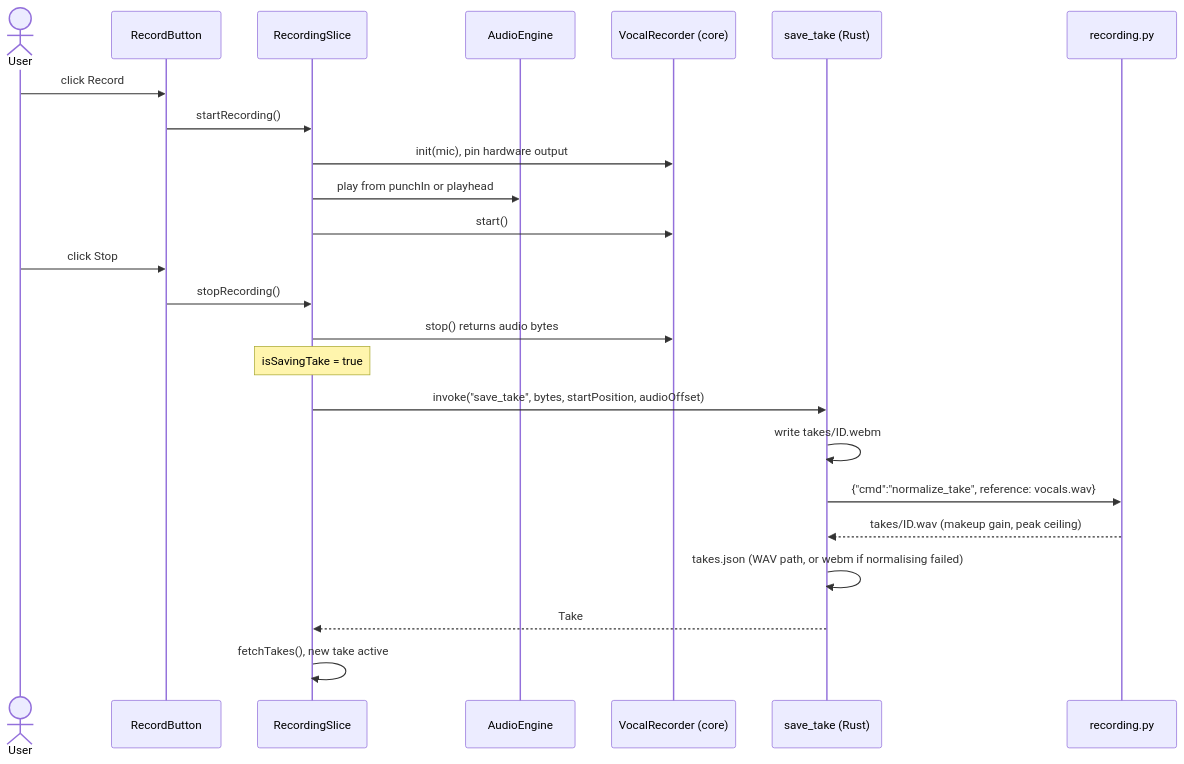
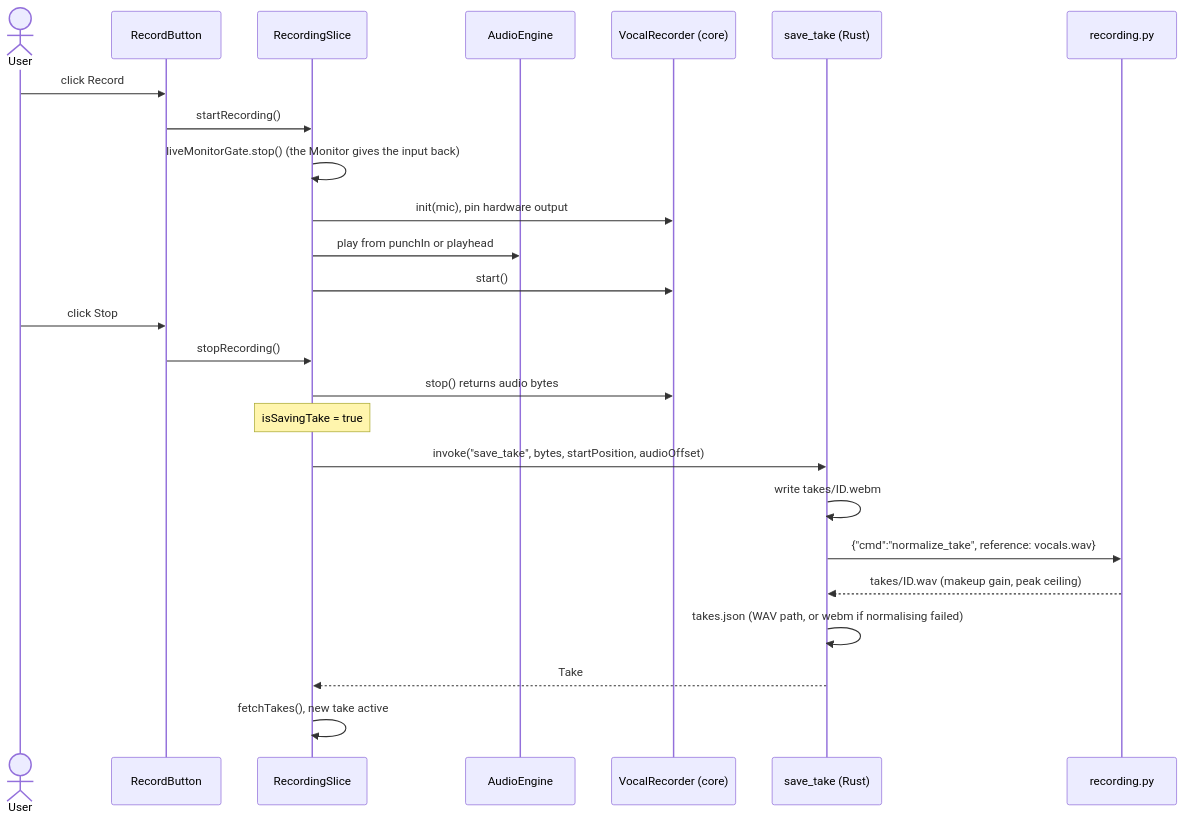
Before and after one commit to giamat90/SongPracticeStudio: diagram 13 of 16 in wiki/uml.md, drawn with Mermaid. The commit also changed other lines of this file, not shown here.

First line of the commit message:
docs: uml.md follows the chord roll Monitor (section 16, component and record views)

````diff
--- a/wiki/uml.md
+++ b/wiki/uml.md
@@ -555,27 +557,28 @@
 ```mermaid
 sequenceDiagram
     actor U as User
     participant RB as RecordButton
     participant RS as RecordingSlice
     participant E as AudioEngine
     participant REC as VocalRecorder (core)
     participant R as save_take (Rust)
     participant P as recording.py
 
     U->>RB: click Record
     RB->>RS: startRecording()
+    RS->>RS: liveMonitorGate.stop() (the Monitor gives the input back)
     RS->>REC: init(mic), pin hardware output
     RS->>E: play from punchIn or playhead
     RS->>REC: start()
     U->>RB: click Stop
     RB->>RS: stopRecording()
     RS->>REC: stop() returns audio bytes
     Note over RS: isSavingTake = true
     RS->>R: invoke("save_take", bytes, startPosition, audioOffset)
     R->>R: write takes/ID.webm
     R->>P: {"cmd":"normalize_take", reference: vocals.wav}
     P-->>R: takes/ID.wav (makeup gain, peak ceiling)
     R->>R: takes.json (WAV path, or webm if normalising failed)
     R-->>RS: Take
     RS->>RS: fetchTakes(), new take active
 ```
````
